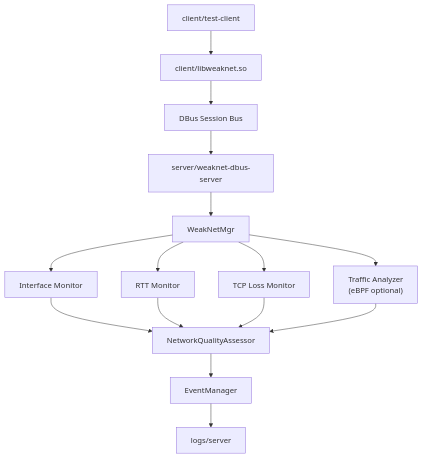
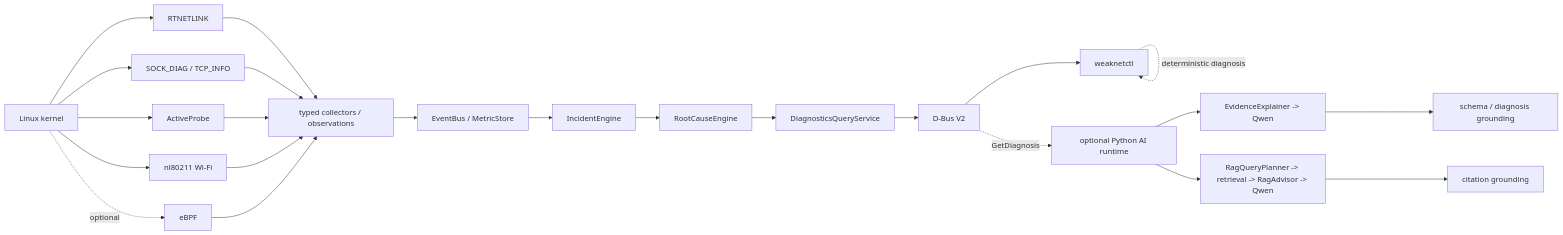
Before and after one commit to LiuKaiDev/WeakNet-AI-Diagnostics: the diagram in README.md, drawn with Mermaid. The commit also changed other lines of this file and 24 other files, not shown here.

````diff
--- a/README.md
+++ b/README.md
@@ -38,20 +41,25 @@
 ```mermaid
-flowchart TD
-    A["client/test-client"] --> B["client/libweaknet.so"]
-    B --> C["DBus Session Bus"]
-    C --> D["server/weaknet-dbus-server"]
-    D --> E["WeakNetMgr"]
-
-    E --> F["Interface Monitor"]
-    E --> G["RTT Monitor"]
-    E --> H["TCP Loss Monitor"]
-    E --> I["Traffic Analyzer<br/>(eBPF optional)"]
-
-    F --> J["NetworkQualityAssessor"]
-    G --> J
-    H --> J
-    I --> J
-
-    J --> K["EventManager"]
-    K --> L["logs/server"]
+flowchart LR
+    K["Linux kernel"] --> N["RTNETLINK"]
+    K --> S["SOCK_DIAG / TCP_INFO"]
+    K --> P["ActiveProbe"]
+    K --> W["nl80211 Wi-Fi"]
+    K -. optional .-> B["eBPF"]
+    N --> C["typed collectors / observations"]
+    S --> C
+    P --> C
+    W --> C
+    B --> C
+    C --> E["EventBus / MetricStore"]
+    E --> I["IncidentEngine"]
+    I --> R["RootCauseEngine"]
+    R --> Q["DiagnosticsQueryService"]
+    Q --> D["D-Bus V2"]
+    D --> CLI["weaknetctl"]
+    CLI -. deterministic diagnosis .-> CLI
+    D -. GetDiagnosis .-> X["optional Python AI runtime"]
+    X --> EX["EvidenceExplainer -> Qwen"]
+    X --> RA["RagQueryPlanner -> retrieval -> RagAdvisor -> Qwen"]
+    EX --> G["schema / diagnosis grounding"]
+    RA --> CG["citation grounding"]
 ```
````
